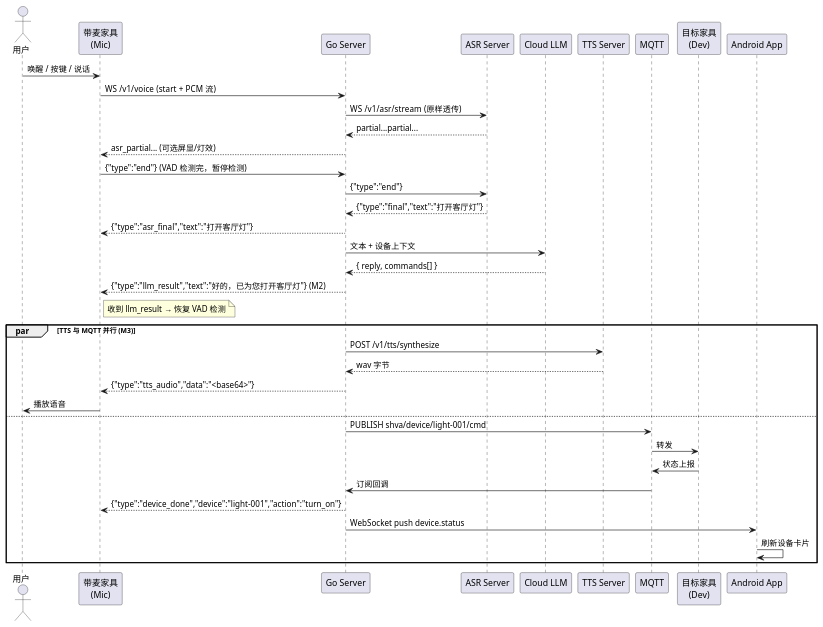
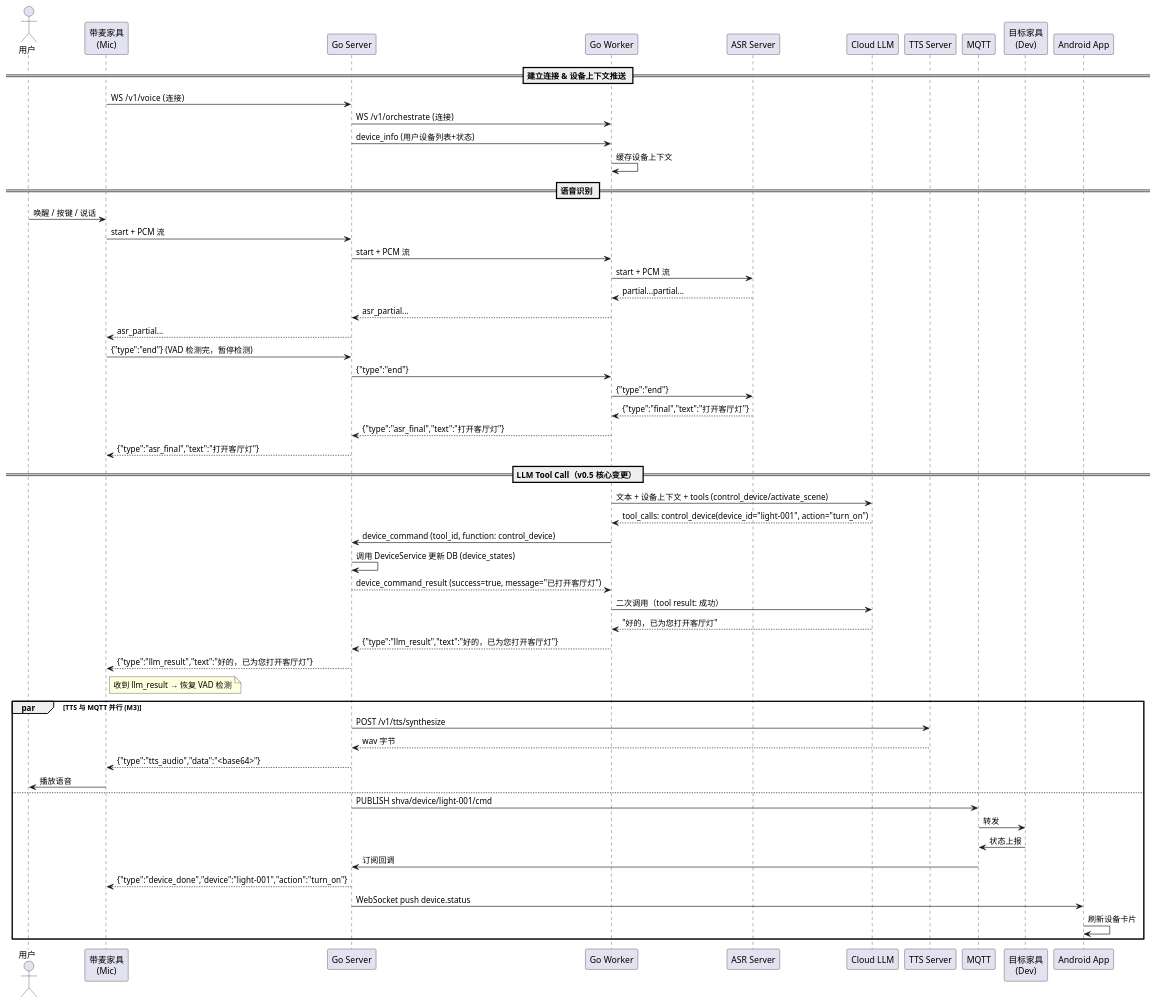
Before and after one commit to Yoruko666/Taffy-Assistant: the fifth of 6 diagrams in docs/03-软件设计文档.md, drawn with PlantUML. The commit also changed other lines of this file and 12 other files, not shown here.

Commit message:
complete llm tool call

````diff
--- a/docs/03-软件设计文档.md
+++ b/docs/03-软件设计文档.md
@@ -556,41 +572,63 @@
 ```plantuml
 @startuml
 actor 用户
 participant "带麦家具\n(Mic)"   as Mic
 participant "Go Server"         as Srv
+participant "Go Worker"         as Wkr
 participant "ASR Server"        as ASR
 participant "Cloud LLM"         as Cloud
 participant "TTS Server"        as TTS
 participant MQTT                as MQ
 participant "目标家具\n(Dev)"   as Dev
 participant "Android App"       as App
 
+== 建立连接 & 设备上下文推送 ==
+Mic  -> Srv : WS /v1/voice  (连接)
+Srv  -> Wkr : WS /v1/orchestrate  (连接)
+Srv  -> Wkr : device_info (用户设备列表+状态)
+Wkr  -> Wkr : 缓存设备上下文
+
+== 语音识别 ==
 用户 -> Mic : 唤醒 / 按键 / 说话
-Mic  -> Srv : WS /v1/voice  (start + PCM 流)
-Srv  -> ASR : WS /v1/asr/stream  (原样透传)
-ASR --> Srv : partial...partial...
-Srv --> Mic : asr_partial... (可选屏显/灯效)
+Mic  -> Srv : start + PCM 流
+Srv  -> Wkr : start + PCM 流
+Wkr  -> ASR : start + PCM 流
+ASR --> Wkr : partial...partial...
+Wkr  --> Srv : asr_partial...
+Srv  --> Mic : asr_partial...
+
 Mic  -> Srv : {"type":"end"} (VAD 检测完，暂停检测)
-Srv  -> ASR : {"type":"end"}
-ASR --> Srv : {"type":"final","text":"打开客厅灯"}
-Srv --> Mic : {"type":"asr_final","text":"打开客厅灯"}
-Srv  -> Cloud : 文本 + 设备上下文
-Cloud --> Srv : { reply, commands[] }
-Srv --> Mic : {"type":"llm_result","text":"好的，已为您打开客厅灯"} (M2)
+Srv  -> Wkr : {"type":"end"}
+Wkr  -> ASR : {"type":"end"}
+ASR --> Wkr : {"type":"final","text":"打开客厅灯"}
+Wkr  --> Srv : {"type":"asr_final","text":"打开客厅灯"}
+Srv  --> Mic : {"type":"asr_final","text":"打开客厅灯"}
+
+== LLM Tool Call（v0.5 核心变更） ==
+Wkr  -> Cloud : 文本 + 设备上下文 + tools (control_device/activate_scene)
+Cloud --> Wkr : tool_calls: control_device(device_id="light-001", action="turn_on")
+Wkr  -> Srv : device_command (tool_id, function: control_device)
+Srv  -> Srv : 调用 DeviceService 更新 DB (device_states)
+Srv  --> Wkr : device_command_result (success=true, message="已打开客厅灯")
+Wkr  -> Cloud : 二次调用（tool result: 成功）
+Cloud --> Wkr : "好的，已为您打开客厅灯"
+Wkr  --> Srv : {"type":"llm_result","text":"好的，已为您打开客厅灯"}
+Srv  --> Mic : {"type":"llm_result","text":"好的，已为您打开客厅灯"}
 note right of Mic : 收到 llm_result → 恢复 VAD 检测
+
 par TTS 与 MQTT 并行 (M3)
   Srv -> TTS : POST /v1/tts/synthesize
   TTS --> Srv : wav 字节
   Srv --> Mic : {"type":"tts_audio","data":"<base64>"}
   Mic -> 用户 : 播放语音
 else
   Srv -> MQ  : PUBLISH shva/device/light-001/cmd
   MQ  -> Dev : 转发
   Dev -> MQ  : 状态上报
   MQ  -> Srv : 订阅回调
   Srv --> Mic : {"type":"device_done","device":"light-001","action":"turn_on"}
   Srv -> App : WebSocket push device.status
   App -> App : 刷新设备卡片
 end
 @enduml
 ```
````
